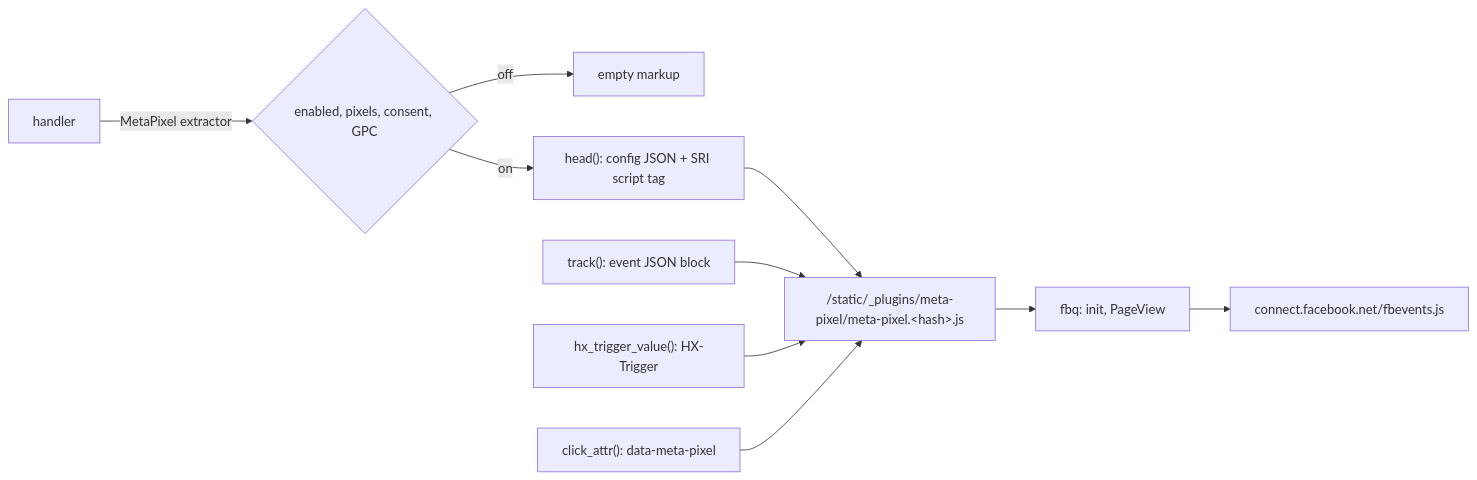
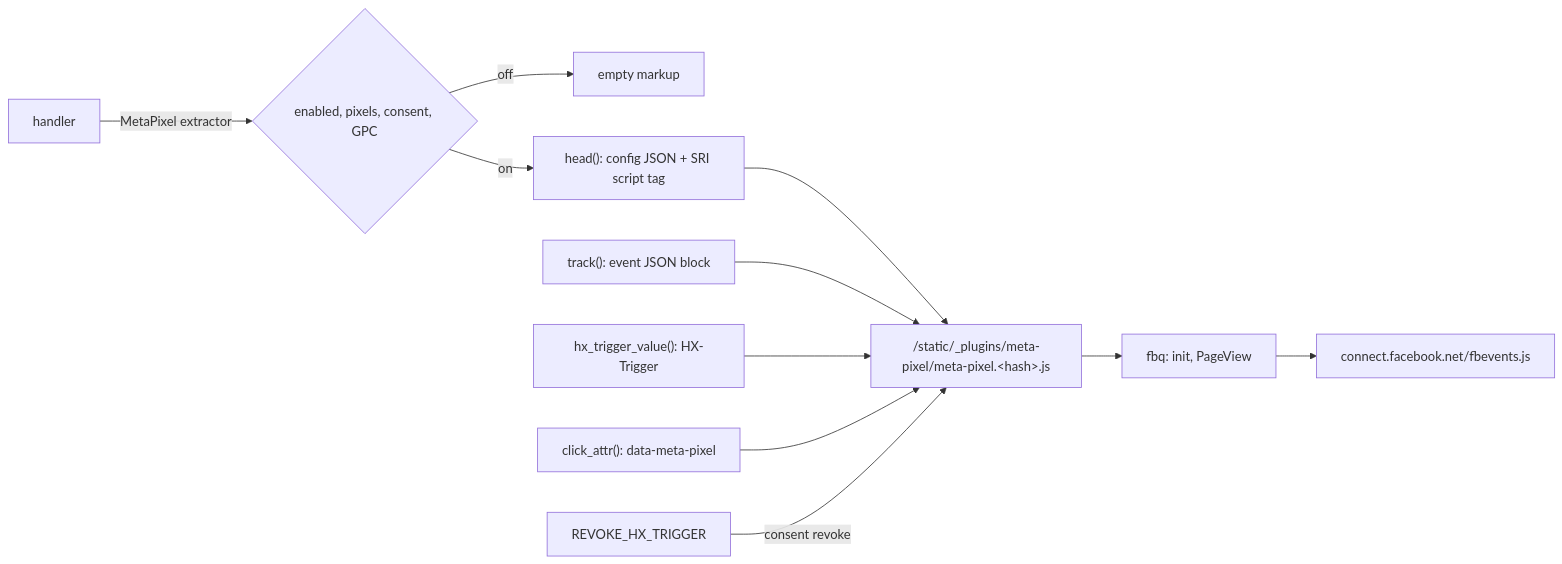
One commit to autumn-foundation/autumn-plugin-meta-pixel changed the diagram in README.md. Above: the diagram before and after it, drawn with Mermaid. The commit also changed other lines of this file and 21 other files, not shown here.

````diff
--- a/README.md
+++ b/README.md
@@ -11,11 +11,12 @@
 ```mermaid
 flowchart LR
   H[handler] -->|MetaPixel extractor| G{enabled, pixels, consent, GPC}
   G -->|off| N[empty markup]
   G -->|on| M["head(): config JSON + SRI script tag"]
   M --> L["/static/_plugins/meta-pixel/meta-pixel.&lt;hash&gt;.js"]
   L --> F[fbq: init, PageView] --> X[connect.facebook.net/fbevents.js]
   E["track(): event JSON block"] --> L
   T["hx_trigger_value(): HX-Trigger"] --> L
   C["click_attr(): data-meta-pixel"] --> L
+  R["REVOKE_HX_TRIGGER"] -->|consent revoke| L
 ```
````
